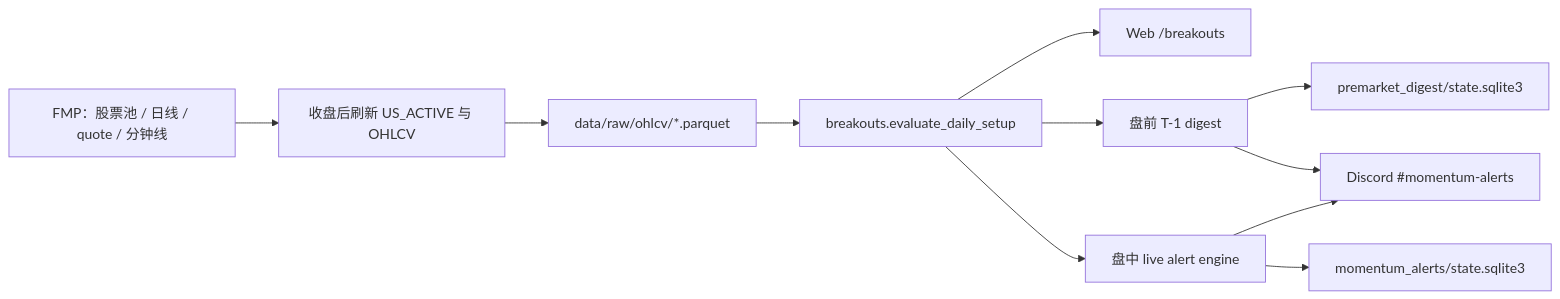
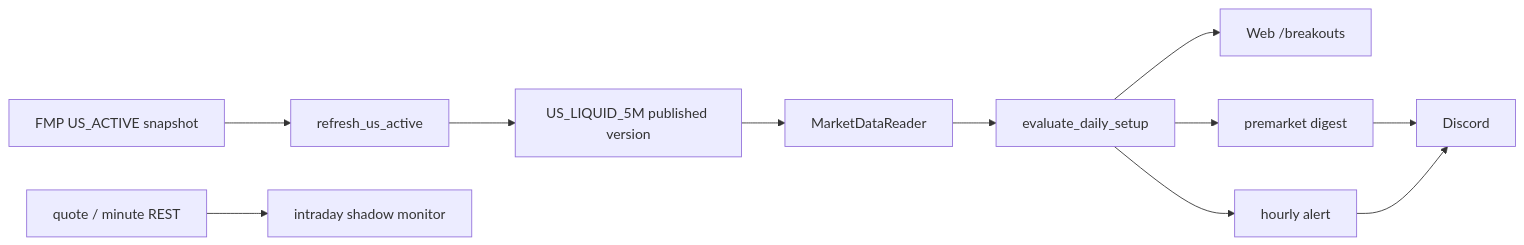
Before and after one commit to Clno1/quant-factor-framework: the diagram in docs/momentum_breakout_summary.md, drawn with Mermaid. The commit also changed other lines of this file and 203 other files, not shown here.

````diff
--- a/docs/momentum_breakout_summary.md
+++ b/docs/momentum_breakout_summary.md
@@ -29,13 +18,13 @@
 ```mermaid
 flowchart LR
-    FMP["FMP：股票池 / 日线 / quote / 分钟线"] --> REFRESH["收盘后刷新 US_ACTIVE 与 OHLCV"]
-    REFRESH --> DAILY["data/raw/ohlcv/*.parquet"]
-    DAILY --> CORE["breakouts.evaluate_daily_setup"]
+    FMP["FMP US_ACTIVE snapshot"] --> REFRESH["refresh_us_active"]
+    REFRESH --> VERSION["US_LIQUID_5M published version"]
+    VERSION --> READER["MarketDataReader"]
+    READER --> CORE["evaluate_daily_setup"]
     CORE --> WEB["Web /breakouts"]
-    CORE --> PRE["盘前 T-1 digest"]
-    CORE --> LIVE["盘中 live alert engine"]
-    PRE --> PRESTATE["premarket_digest/state.sqlite3"]
-    LIVE --> LIVESTATE["momentum_alerts/state.sqlite3"]
-    PRE --> DISC["Discord #momentum-alerts"]
-    LIVE --> DISC
+    CORE --> PRE["premarket digest"]
+    CORE --> ALERT["hourly alert"]
+    PRE --> DISC["Discord"]
+    ALERT --> DISC
+    QUOTE["quote / minute REST"] --> LIVE["intraday shadow monitor"]
 ```
````
